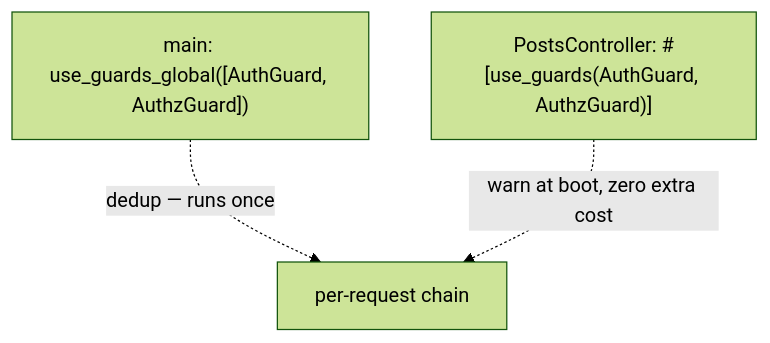
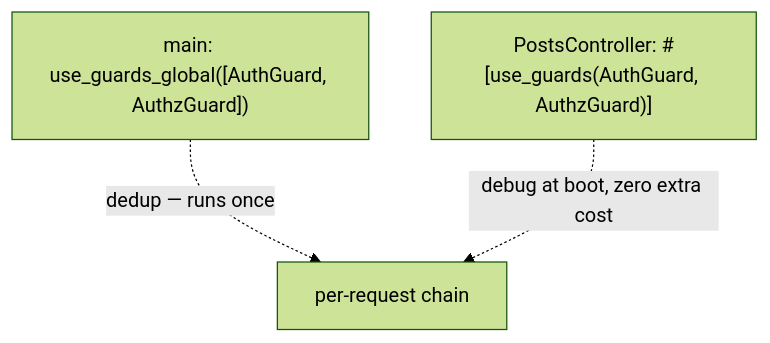
Before and after one commit to YV17labs/NestRS: the fourth of 4 diagrams in docs/src/content/docs/fundamentals/guards.mdx, drawn with Mermaid (forest theme). The commit also changed other lines of this file and 93 other files, not shown here.

````diff
--- a/docs/src/content/docs/fundamentals/guards.mdx
+++ b/docs/src/content/docs/fundamentals/guards.mdx
@@ -406,7 +327,7 @@
 ```mermaid
 flowchart TB
   MAIN["main: use_guards_global([AuthGuard, AuthzGuard])"]
   PC["PostsController: #[use_guards(AuthGuard, AuthzGuard)]"]
   MAIN -. "dedup — runs once" .-> RUN[per-request chain]
-  PC -. "warn at boot, zero extra cost" .-> RUN
+  PC -. "debug at boot, zero extra cost" .-> RUN
 ```
````
